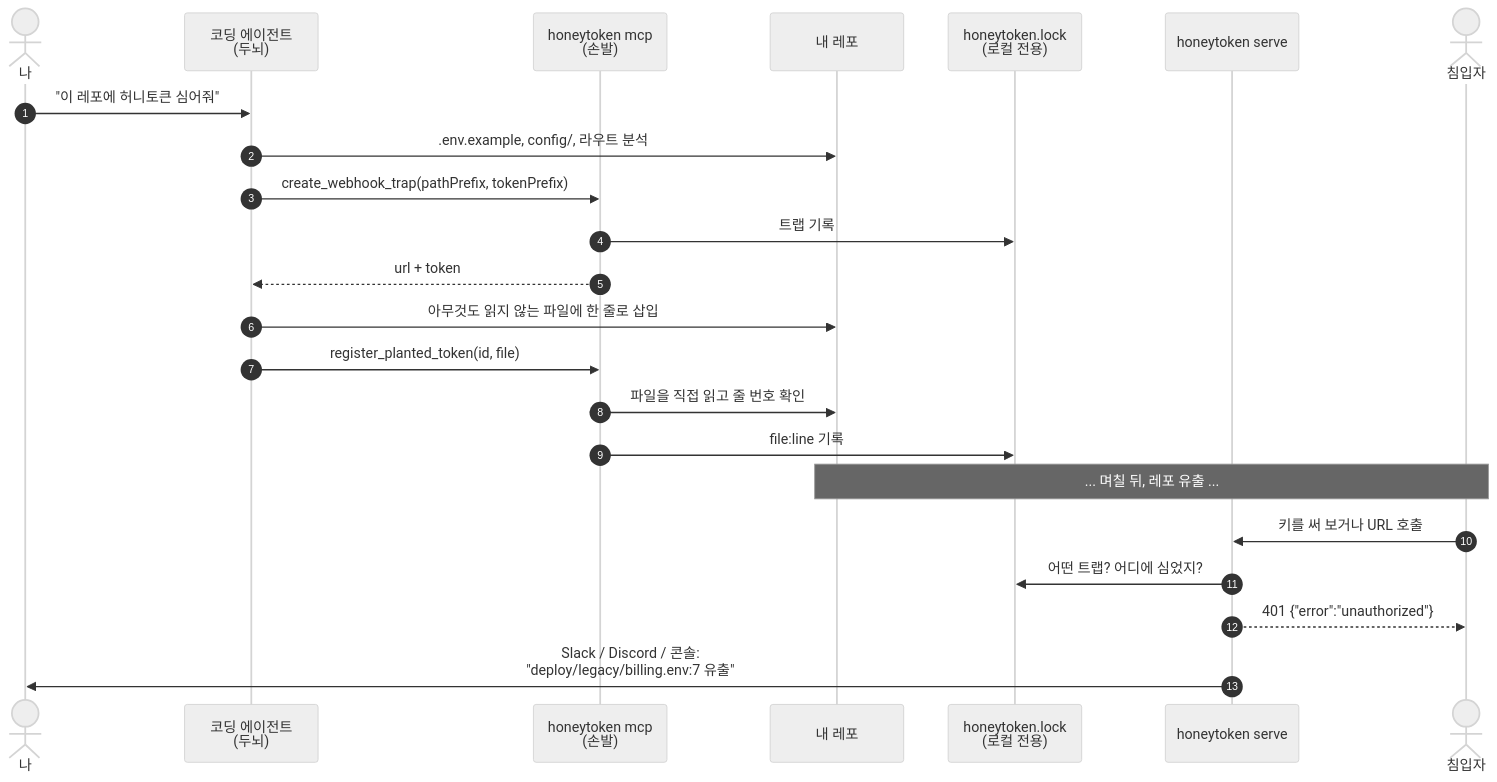
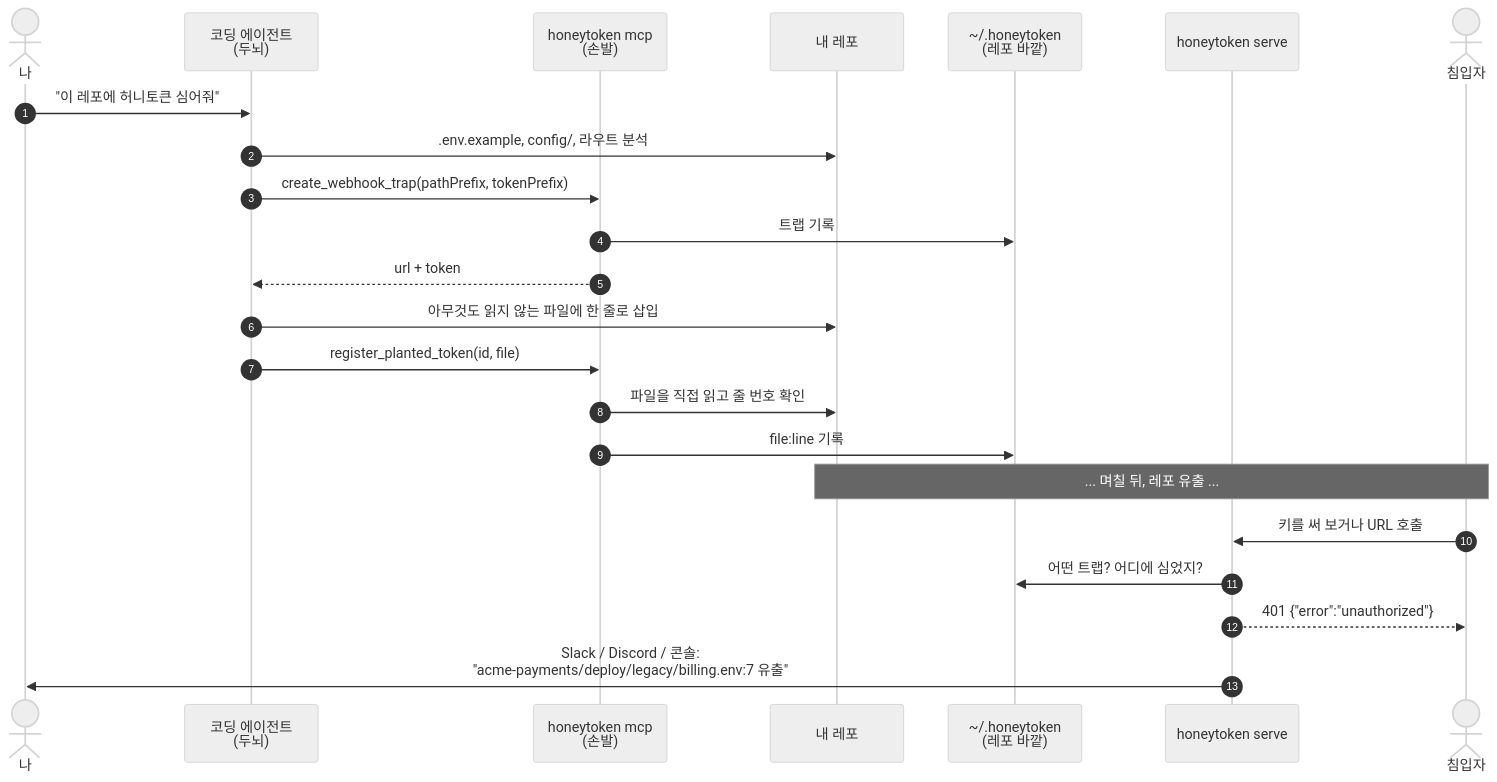
One commit to Dradradre/honeytokens-as-code changed the diagram in README.ko.md. Above: the diagram before and after it, drawn with Mermaid (neutral theme). The commit also changed other lines of this file and 32 other files, not shown here.

````diff
--- a/README.ko.md
+++ b/README.ko.md
@@ -52,26 +53,26 @@
 ```mermaid
 sequenceDiagram
     autonumber
     actor You as 나
     participant Agent as 코딩 에이전트<br/>(두뇌)
     participant MCP as honeytoken mcp<br/>(손발)
     participant Repo as 내 레포
-    participant Lock as honeytoken.lock<br/>(로컬 전용)
+    participant Reg as ~/.honeytoken<br/>(레포 바깥)
     participant Server as honeytoken serve
     actor Intruder as 침입자
 
     You->>Agent: "이 레포에 허니토큰 심어줘"
     Agent->>Repo: .env.example, config/, 라우트 분석
     Agent->>MCP: create_webhook_trap(pathPrefix, tokenPrefix)
-    MCP->>Lock: 트랩 기록
+    MCP->>Reg: 트랩 기록
     MCP-->>Agent: url + token
     Agent->>Repo: 아무것도 읽지 않는 파일에 한 줄로 삽입
     Agent->>MCP: register_planted_token(id, file)
     MCP->>Repo: 파일을 직접 읽고 줄 번호 확인
-    MCP->>Lock: file:line 기록
+    MCP->>Reg: file:line 기록
     Note over Repo,Intruder: ... 며칠 뒤, 레포 유출 ...
     Intruder->>Server: 키를 써 보거나 URL 호출
-    Server->>Lock: 어떤 트랩? 어디에 심었지?
+    Server->>Reg: 어떤 트랩? 어디에 심었지?
     Server-->>Intruder: 401 {"error":"unauthorized"}
-    Server->>You: Slack / Discord / 콘솔:<br/>"deploy/legacy/billing.env:7 유출"
+    Server->>You: Slack / Discord / 콘솔:<br/>"acme-payments/deploy/legacy/billing.env:7 유출"
 ```
````
